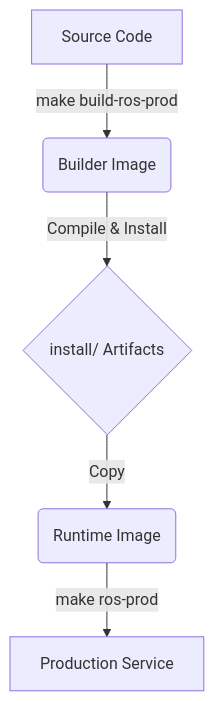
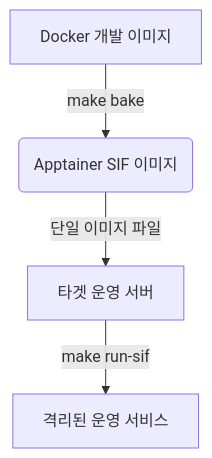
One commit to Lee-hwansoo/DevKit changed the third of 4 diagrams in README.ko.md. Above: the diagram before and after it, drawn with Mermaid. The commit also changed other lines of this file and 29 other files, not shown here.

````diff
--- a/README.ko.md
+++ b/README.ko.md
@@ -492,7 +526,6 @@
 ```mermaid
 graph TD
-    A[Source Code] -->|make build-ros-prod| B(Builder Image)
-    B -->|Compile & Install| C{install/ Artifacts}
-    C -->|Copy| D(Runtime Image)
-    D -->|make ros-prod| E[Production Service]
+    A[Docker 개발 이미지] -->|make bake| B(Apptainer SIF 이미지)
+    B -->|단일 이미지 파일| C[타겟 운영 서버]
+    C -->|make run-sif| D[격리된 운영 서비스]
 ```
````
